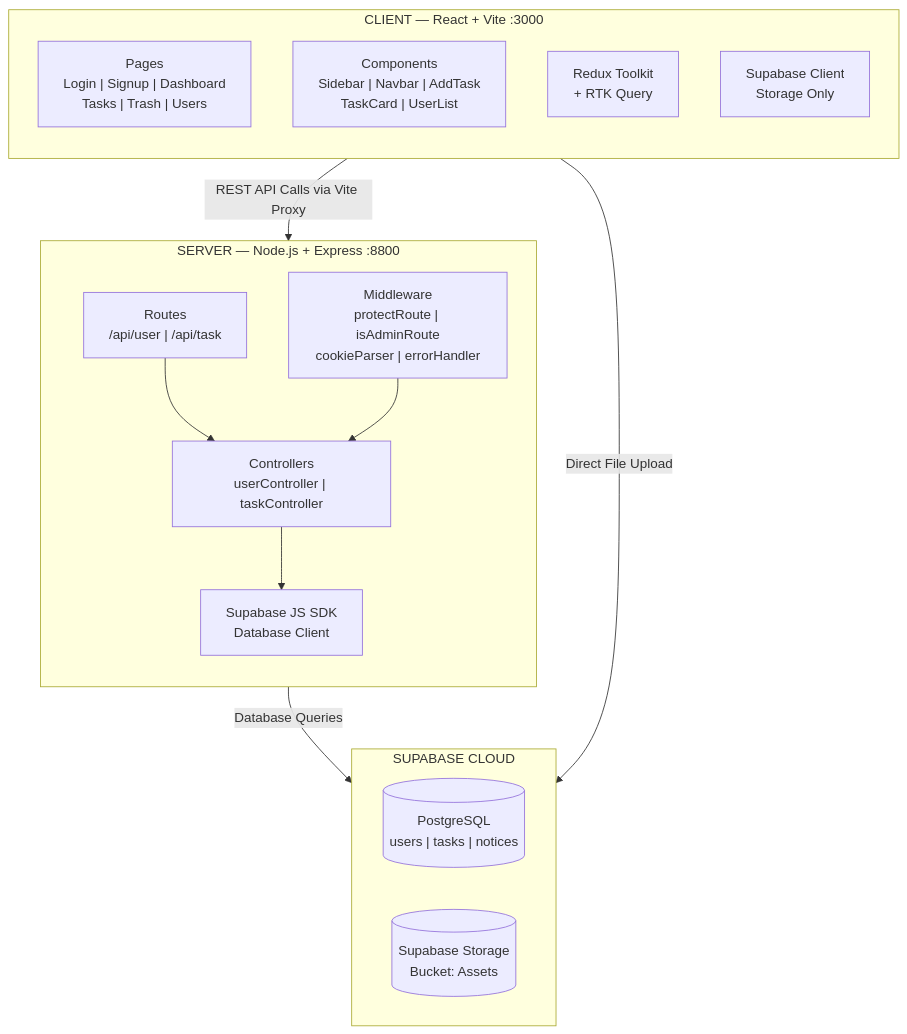
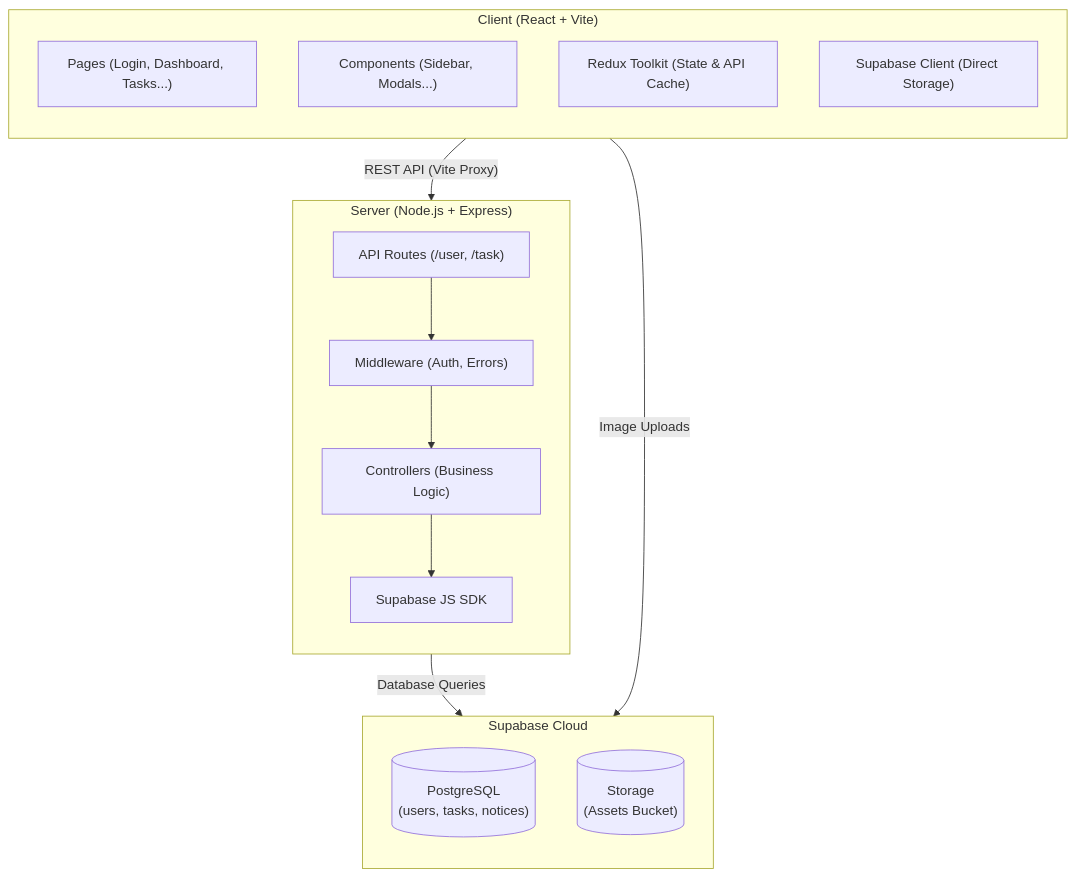
Before and after one commit to prakharsingh-74/Ethara-AI-Assg: the first of 5 diagrams in README.md, drawn with Mermaid. The commit also changed other lines of this file, not shown here.

Commit message:
docs: update architecture diagrams and sequence flows in README.md

````diff
--- a/README.md
+++ b/README.md
@@ -25,31 +25,30 @@
 ```mermaid
-flowchart TB
-    subgraph CLIENT["CLIENT — React + Vite :3000"]
+flowchart TD
+    subgraph Client ["Client (React + Vite)"]
         direction TB
-        Pages["Pages\nLogin | Signup | Dashboard\nTasks | Trash | Users"]
-        Components["Components\nSidebar | Navbar | AddTask\nTaskCard | UserList"]
-        Redux["Redux Toolkit\n+ RTK Query"]
-        SupaClient["Supabase Client\nStorage Only"]
+        Pages["Pages (Login, Dashboard, Tasks...)"]
+        Comps["Components (Sidebar, Modals...)"]
+        Redux["Redux Toolkit (State & API Cache)"]
+        SupaClient["Supabase Client (Direct Storage)"]
     end
 
-    subgraph SERVER["SERVER — Node.js + Express :8800"]
+    subgraph Server ["Server (Node.js + Express)"]
         direction TB
-        Routes["Routes\n/api/user | /api/task"]
-        Controllers["Controllers\nuserController | taskController"]
-        Middleware["Middleware\nprotectRoute | isAdminRoute\ncookieParser | errorHandler"]
-        SupaSDK["Supabase JS SDK\nDatabase Client"]
-        Routes --> Controllers
-        Controllers --> SupaSDK
-        Middleware --> Controllers
+        Routes["API Routes (/user, /task)"]
+        Controllers["Controllers (Business Logic)"]
+        Middleware["Middleware (Auth, Errors)"]
+        SupaSDK["Supabase JS SDK"]
+        
+        Routes --> Middleware --> Controllers --> SupaSDK
     end
 
-    subgraph SUPABASE["SUPABASE CLOUD"]
-        direction LR
-        Postgres[("PostgreSQL\nusers | tasks | notices")]
-        Storage[("Supabase Storage\nBucket: Assets")]
+    subgraph Supabase ["Supabase Cloud"]
+        direction TB
+        Postgres[("PostgreSQL\n(users, tasks, notices)")]
+        Storage[("Storage\n(Assets Bucket)")]
     end
 
-    Redux -- "REST API Calls via Vite Proxy" --> Routes
-    SupaClient -- "Direct File Upload" --> Storage
+    Redux -- "REST API (Vite Proxy)" --> Routes
+    SupaClient -- "Image Uploads" --> Storage
     SupaSDK -- "Database Queries" --> Postgres
 ```
````
